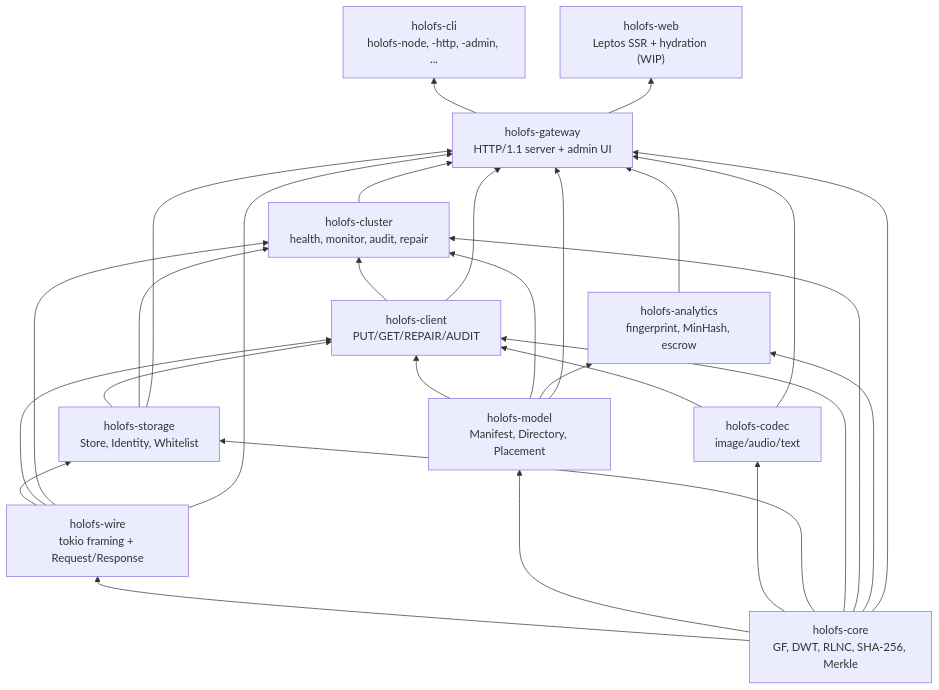
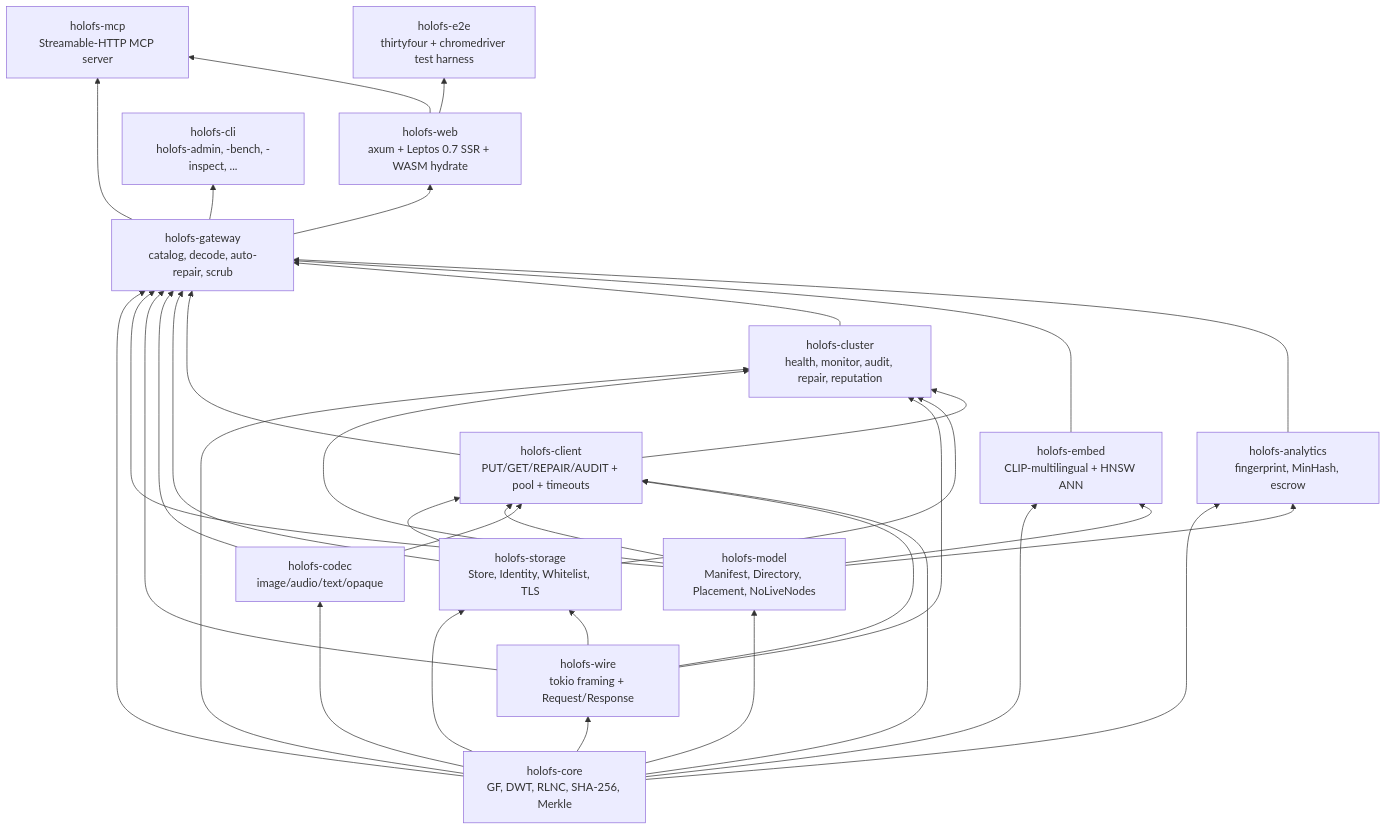
Before and after one commit to rmorenko/holofs: the first of 5 diagrams in docs/architecture.md, drawn with Mermaid. The commit also changed other lines of this file, not shown here.

First line of the commit message:
docs(architecture): crate graph + Stage 14-15 background tasks

````diff
--- a/docs/architecture.md
+++ b/docs/architecture.md
@@ -23,42 +23,51 @@
 ```mermaid
 graph BT
     core["holofs-core<br/>GF, DWT, RLNC, SHA-256, Merkle"]
     wire["holofs-wire<br/>tokio framing + Request/Response"]
-    model["holofs-model<br/>Manifest, Directory, Placement"]
-    codec["holofs-codec<br/>image/audio/text"]
-    storage["holofs-storage<br/>Store, Identity, Whitelist"]
-    client["holofs-client<br/>PUT/GET/REPAIR/AUDIT"]
-    cluster["holofs-cluster<br/>health, monitor, audit, repair"]
+    model["holofs-model<br/>Manifest, Directory, Placement, NoLiveNodes"]
+    codec["holofs-codec<br/>image/audio/text/opaque"]
+    storage["holofs-storage<br/>Store, Identity, Whitelist, TLS"]
+    client["holofs-client<br/>PUT/GET/REPAIR/AUDIT + pool + timeouts"]
+    cluster["holofs-cluster<br/>health, monitor, audit, repair, reputation"]
+    embed["holofs-embed<br/>CLIP-multilingual + HNSW ANN"]
     analytics["holofs-analytics<br/>fingerprint, MinHash, escrow"]
-    gateway["holofs-gateway<br/>HTTP/1.1 server + admin UI"]
-    cli["holofs-cli<br/>holofs-node, -http, -admin, ..."]
-    web["holofs-web<br/>Leptos SSR + hydration (WIP)"]
+    gateway["holofs-gateway<br/>catalog, decode, auto-repair, scrub"]
+    mcp["holofs-mcp<br/>Streamable-HTTP MCP server"]
+    web["holofs-web<br/>axum + Leptos 0.7 SSR + WASM hydrate"]
+    cli["holofs-cli<br/>holofs-admin, -bench, -inspect, ..."]
+    e2e["holofs-e2e<br/>thirtyfour + chromedriver test harness"]
 
     core --> wire
     core --> model
     core --> codec
     core --> storage
     wire --> storage
     storage --> client
     model --> client
     codec --> client
     wire --> client
     core --> client
     core --> cluster
     model --> cluster
     wire --> cluster
     storage --> cluster
     client --> cluster
+    core --> embed
+    model --> embed
     core --> analytics
     model --> analytics
     core --> gateway
     model --> gateway
     wire --> gateway
     codec --> gateway
     storage --> gateway
     client --> gateway
     cluster --> gateway
+    embed --> gateway
     analytics --> gateway
+    gateway --> mcp
+    gateway --> web
+    web --> mcp
     gateway --> cli
-    gateway --> web
+    web --> e2e
 ```
````
